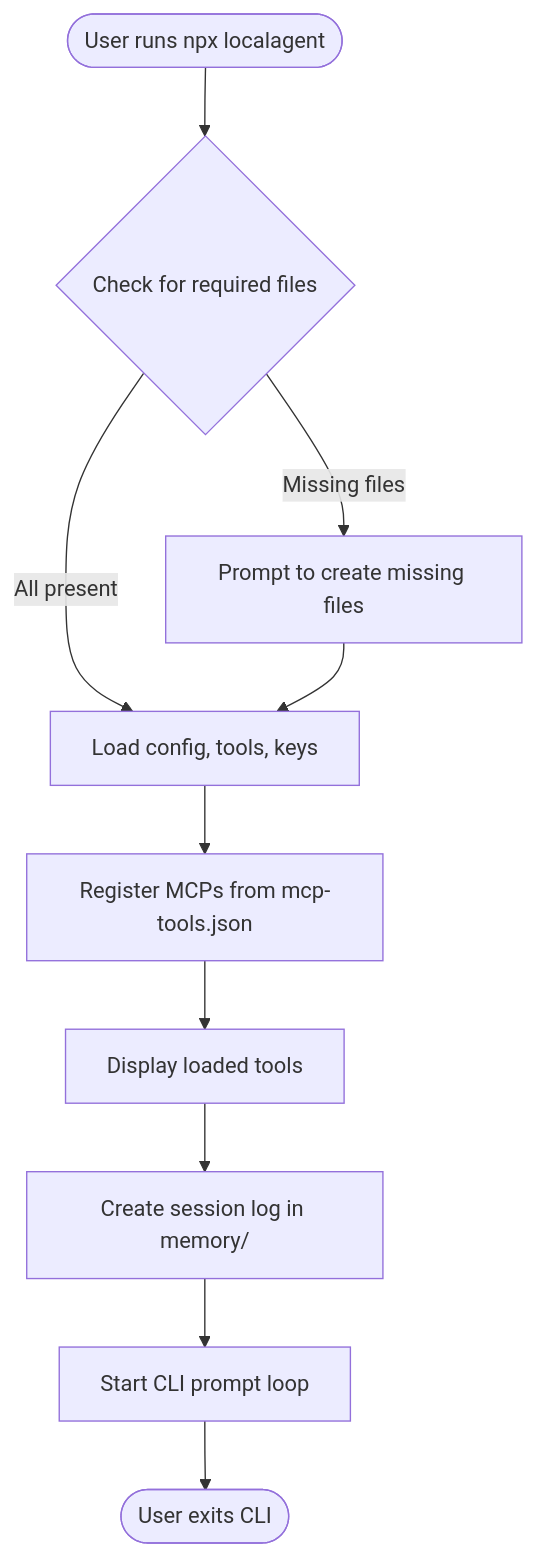
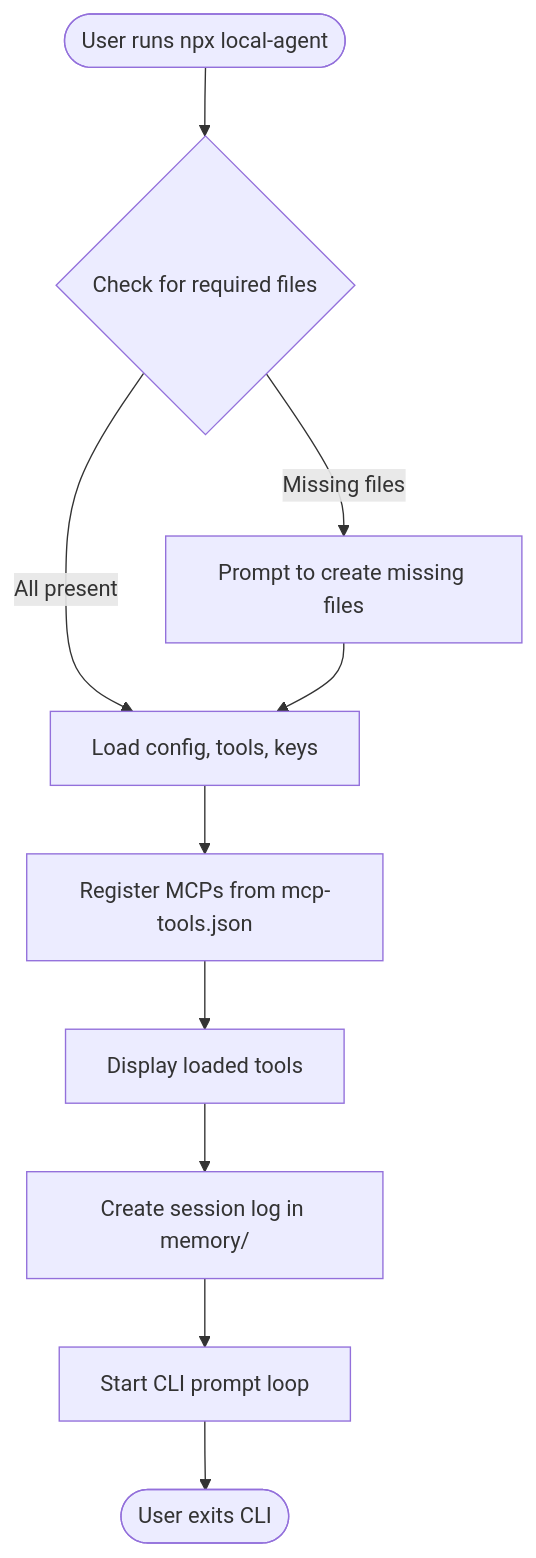
One commit to navio/local-agent changed the second of 2 diagrams in ARCHITECTURE.md. Above: the diagram before and after it, drawn with Mermaid. The commit also changed other lines of this file and 4 other files, not shown here.

Commit message:
move to local agent

````diff
--- a/ARCHITECTURE.md
+++ b/ARCHITECTURE.md
@@ -145,21 +145,21 @@
 ```mermaid
 flowchart TD
-    User([User runs npx localagent])
+    User([User runs npx local-agent])
     CheckFiles{Check for required files}
     PromptCreate[Prompt to create missing files]
     LoadConfig[Load config, tools, keys]
     RegisterMCPs[Register MCPs from mcp-tools.json]
     ShowTools[Display loaded tools]
     StartSession[Create session log in memory/]
     PromptLoop[Start CLI prompt loop]
     Exit([User exits CLI])
 
     User --> CheckFiles
     CheckFiles -- All present --> LoadConfig
     CheckFiles -- Missing files --> PromptCreate --> LoadConfig
     LoadConfig --> RegisterMCPs
     RegisterMCPs --> ShowTools
     ShowTools --> StartSession
     StartSession --> PromptLoop
     PromptLoop --> Exit
 ```
````
